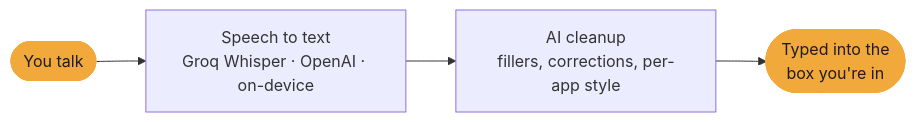
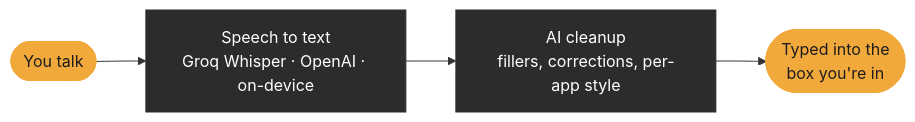
The diagram in README.md (sidewinderzz/tokalot), drawn with Mermaid before and after one commit.

Commit message:
README: brand colors in the how-it-works diagram
Claude-Session: https://claude.ai/code/session_01HtzZVCoAZmno9t2AKyR1tY

````diff
--- a/README.md
+++ b/README.md
@@ -26,8 +26,10 @@
 ```mermaid
 flowchart LR
     A(["You talk"]) --> B["Speech to text<br/>Groq Whisper · OpenAI · on-device"]
     B --> C["AI cleanup<br/>fillers, corrections, per-app style"]
     C --> D(["Typed into the<br/>box you're in"])
     classDef accent fill:#F2A93B,stroke:#F2A93B,color:#1C1C1E
+    classDef step fill:#2C2C2E,stroke:#2C2C2E,color:#FFFFFF
     class A,D accent
+    class B,C step
 ```
````
